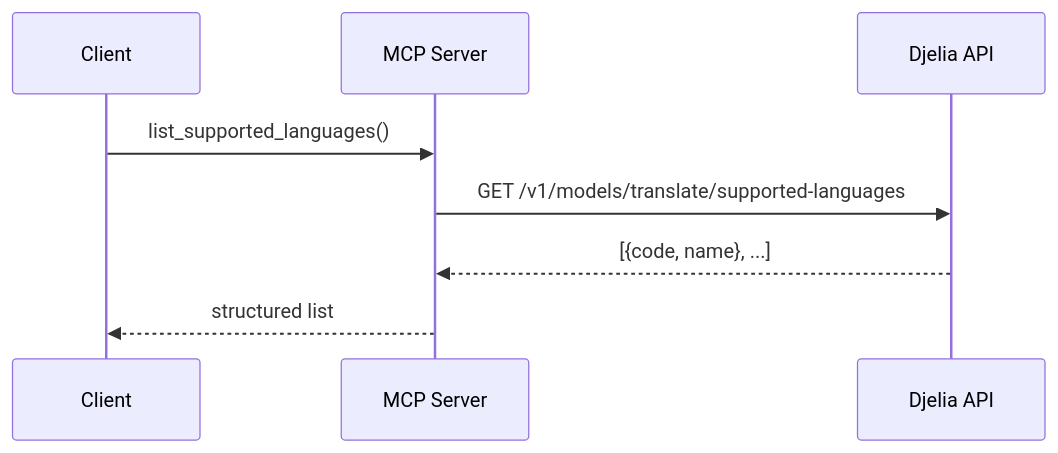
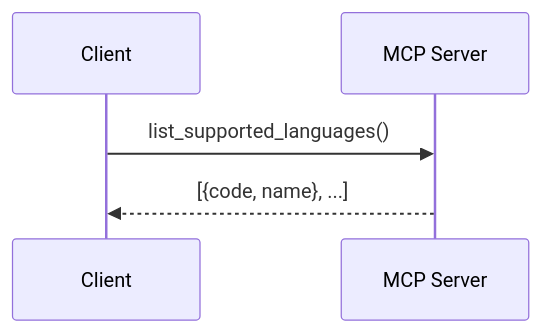
Before and after one commit to djelia-org/djelia-mcp-server: the second of 6 diagrams in README.md, drawn with Mermaid. The commit also changed other lines of this file and 4 other files, not shown here.

````diff
--- a/README.md
+++ b/README.md
@@ -73,10 +73,7 @@
 ```mermaid
 sequenceDiagram
     participant C as Client
     participant S as MCP Server
-    participant D as Djelia API
     C->>S: list_supported_languages()
-    S->>D: GET /v1/models/translate/supported-languages
-    D-->>S: [{code, name}, ...]
-    S-->>C: structured list
+    S-->>C: [{code, name}, ...]
 ```
````
